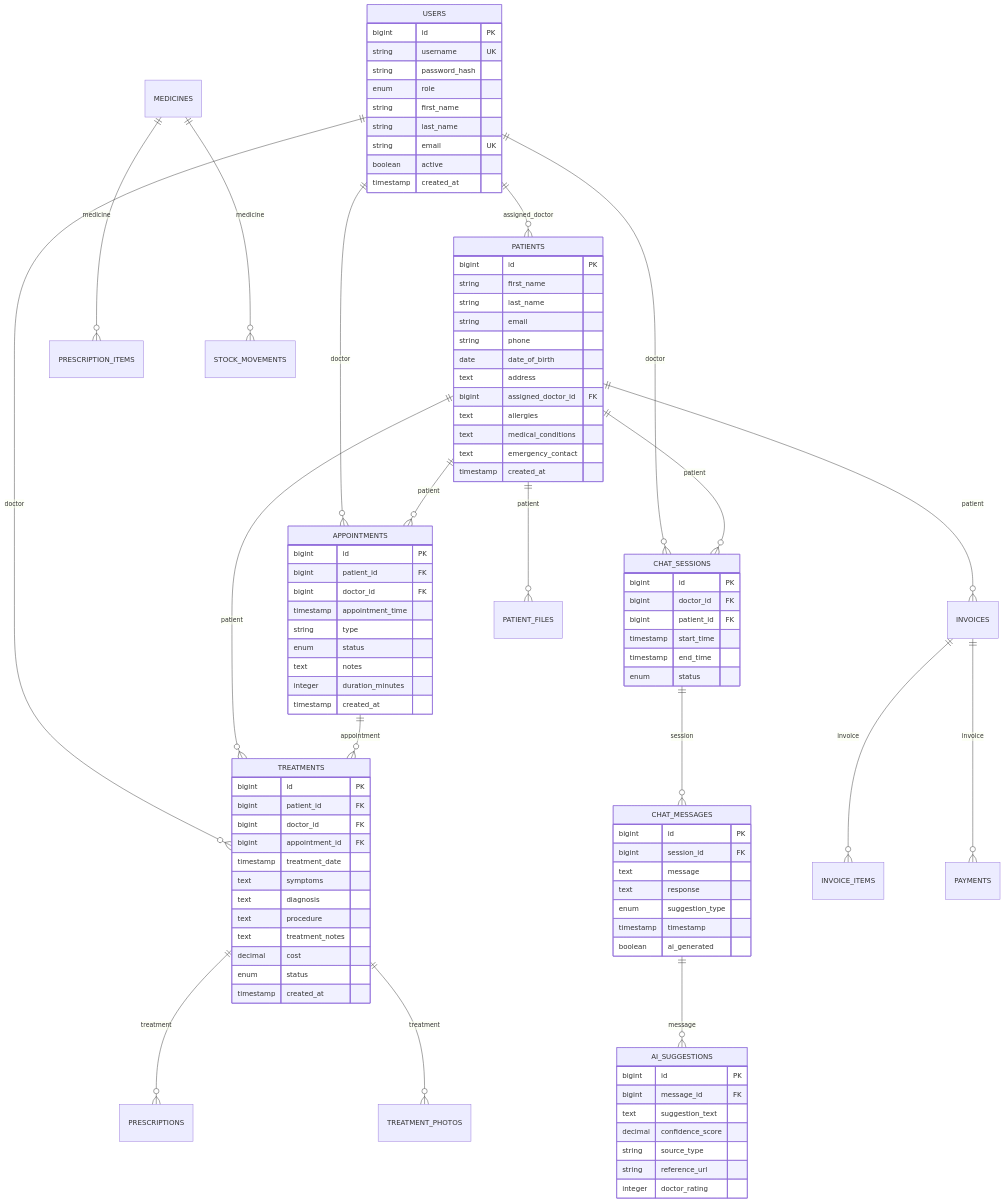
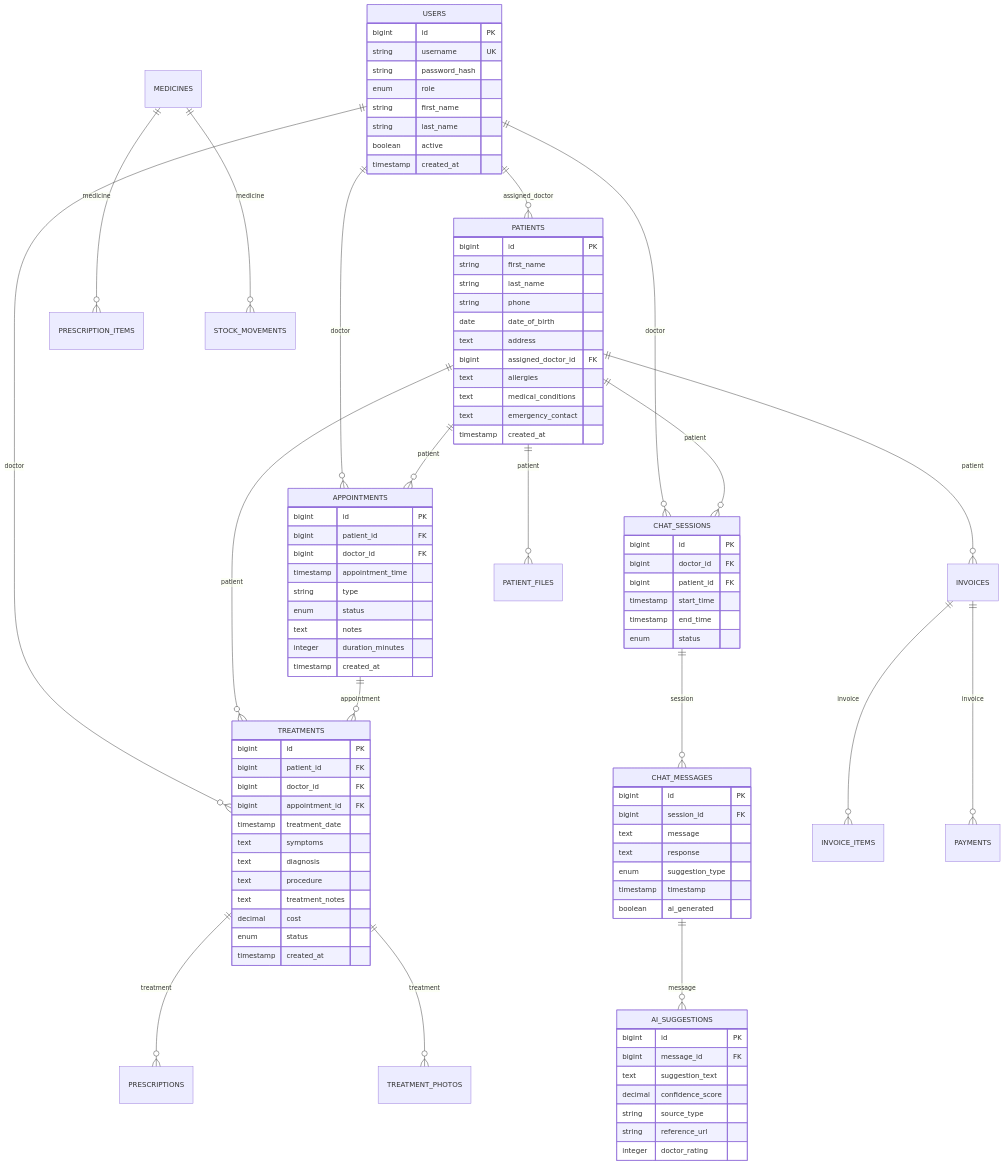
One commit to akhilkuriancognizant/skills-getting-started-with-github-copilot changed the fifth of 20 diagrams in SYSTEM_ARCHITECTURE_FLOW.md. Above: the diagram before and after it, drawn with Mermaid. The commit also changed other lines of this file and 1 other file, not shown here.

Commit message:
Refine system architecture, update user management, and simplify features

```diff
--- a/SYSTEM_ARCHITECTURE_FLOW.md
+++ b/SYSTEM_ARCHITECTURE_FLOW.md
@@ -260,32 +258,30 @@
     MEDICINES ||--o{ PRESCRIPTION_ITEMS : "medicine"
     MEDICINES ||--o{ STOCK_MOVEMENTS : "medicine"
     
-    USERS {
-        bigint id PK
-        string username UK
-        string password_hash
-        enum role
-        string first_name
-        string last_name
-        string email UK
-        boolean active
-        timestamp created_at
-    }
-    
-    PATIENTS {
-        bigint id PK
-        string first_name
-        string last_name
-        string email
-        string phone
-        date date_of_birth
-        text address
-        bigint assigned_doctor_id FK
-        text allergies
-        text medical_conditions
-        text emergency_contact
-        timestamp created_at
-    }
+         USERS {
+         bigint id PK
+         string username UK
+         string password_hash
+         enum role
+         string first_name
+         string last_name
+         boolean active
+         timestamp created_at
+     }
+     
+     PATIENTS {
+         bigint id PK
+         string first_name
+         string last_name
+         string phone
+         date date_of_birth
+         text address
+         bigint assigned_doctor_id FK
+         text allergies
+         text medical_conditions
+         text emergency_contact
+         timestamp created_at
+     }
     
     APPOINTMENTS {
         bigint id PK
```
